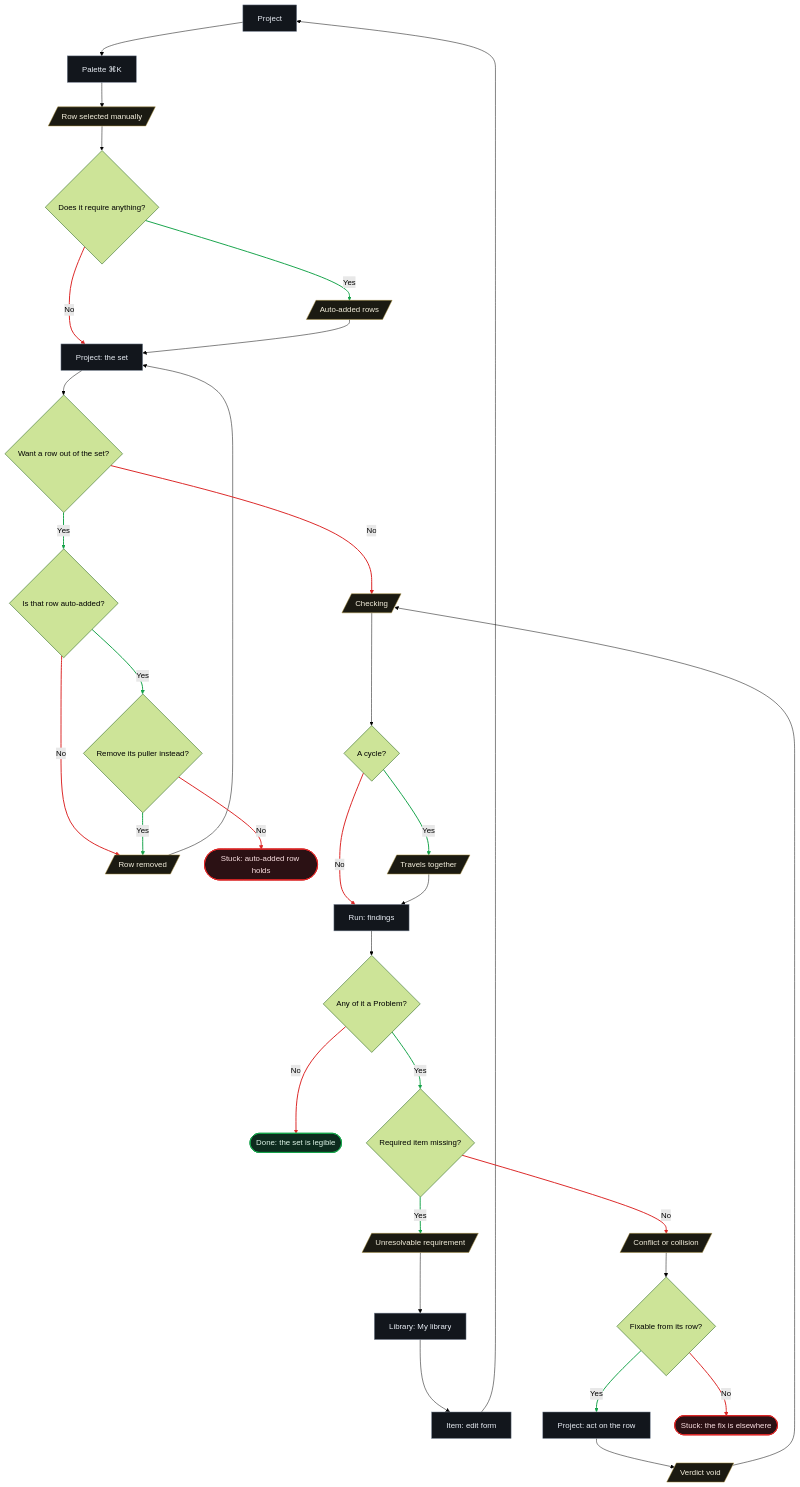
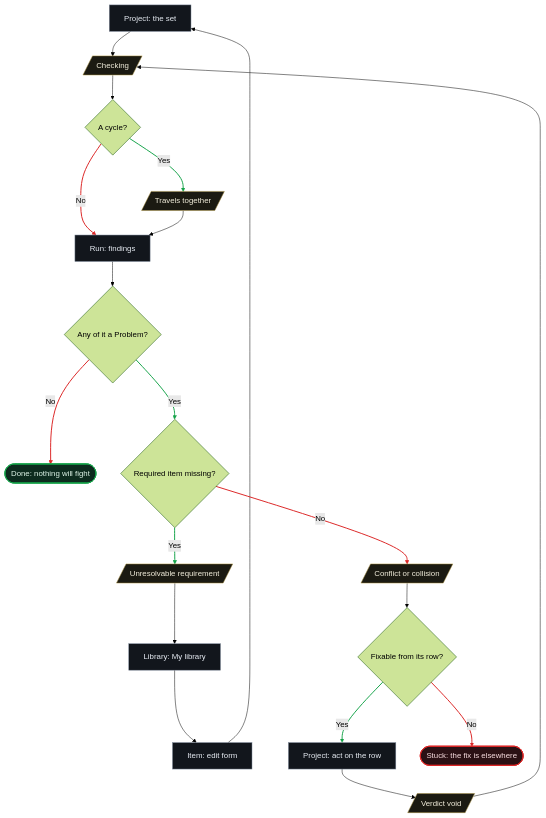
The fourth of 6 diagrams in 03-information-architecture/flows.md (RomanUserExpert/ai-stack-builder), drawn with Mermaid (forest theme) before and after one commit. The commit also changed other lines of this file, not shown here.

First line of the commit message:
RJ-2 was unreadable for two reasons, and I had been checking the wrong thing

````diff
--- a/03-information-architecture/flows.md
+++ b/03-information-architecture/flows.md
@@ -205,44 +251,31 @@
 ```mermaid
 flowchart TD
-    A["Project"] --> B["Palette ⌘K"]
-    B --> C[/"Row selected manually"/]
-    C --> D{"Does it require anything?"}
-    D -->|"Yes"| E[/"Auto-added rows"/]
-    D -->|"No"| F["Project: the set"]
-    E --> F
-    F --> G{"Want a row out of the set?"}
-    G -->|"Yes"| H{"Is that row auto-added?"}
-    H -->|"No"| I[/"Row removed"/]
-    I --> F
-    H -->|"Yes"| J{"Remove its puller instead?"}
-    J -->|"Yes"| I
-    J -->|"No"| K(["Stuck: auto-added row holds"])
-    G -->|"No"| L[/"Checking"/]
-    L --> M{"A cycle?"}
-    M -->|"Yes"| N[/"Travels together"/]
-    M -->|"No"| O["Run: findings"]
-    N --> O
-    O --> P{"Any of it a Problem?"}
-    P -->|"No"| Q(["Done: the set is legible"])
-    P -->|"Yes"| R{"Required item missing?"}
-    R -->|"Yes"| S[/"Unresolvable requirement"/]
-    S --> T["Library: My library"]
-    T --> U["Item: edit form"]
-    U --> A
-    R -->|"No"| V[/"Conflict or collision"/]
-    V --> W{"Fixable from its row?"}
-    W -->|"Yes"| X["Project: act on the row"]
-    X --> Y[/"Verdict void"/]
-    Y --> L
-    W -->|"No"| Z(["Stuck: the fix is elsewhere"])
+    A["Project: the set"] --> B[/"Checking"/]
+    B --> C{"A cycle?"}
+    C -->|"Yes"| D[/"Travels together"/]
+    C -->|"No"| E["Run: findings"]
+    D --> E
+    E --> F{"Any of it a Problem?"}
+    F -->|"No"| G(["Done: nothing will fight"])
+    F -->|"Yes"| H{"Required item missing?"}
+    H -->|"Yes"| I[/"Unresolvable requirement"/]
+    I --> J["Library: My library"]
+    J --> K["Item: edit form"]
+    K --> A
+    H -->|"No"| L[/"Conflict or collision"/]
+    L --> M{"Fixable from its row?"}
+    M -->|"Yes"| N["Project: act on the row"]
+    N --> O[/"Verdict void"/]
+    O --> B
+    M -->|"No"| P(["Stuck: the fix is elsewhere"])
     classDef screen fill:#12161c,stroke:#7c8899,stroke-width:1px,color:#e8edf4
     classDef state fill:#1b1a12,stroke:#a8913f,stroke-width:1px,color:#f4efdd
     classDef win fill:#0d2b1e,stroke:#16a34a,stroke-width:2px,color:#dff5e8
     classDef dead fill:#2b1114,stroke:#dc2626,stroke-width:2px,color:#fadfe1
-    linkStyle 3,7,10,11,15,20,21,27 stroke:#16a34a,stroke-width:2px
-    linkStyle 4,8,12,13,16,19,25,30 stroke:#dc2626,stroke-width:2px
-    class A,B,F,O,T,U,X screen
-    class C,E,I,L,N,S,V,Y state
-    class Q win
-    class K,Z dead
+    linkStyle 2,7,8,14 stroke:#16a34a,stroke-width:2px
+    linkStyle 3,6,12,17 stroke:#dc2626,stroke-width:2px
+    class A,E,J,K,N screen
+    class B,D,I,L,O state
+    class G win
+    class P dead
 ```
````
